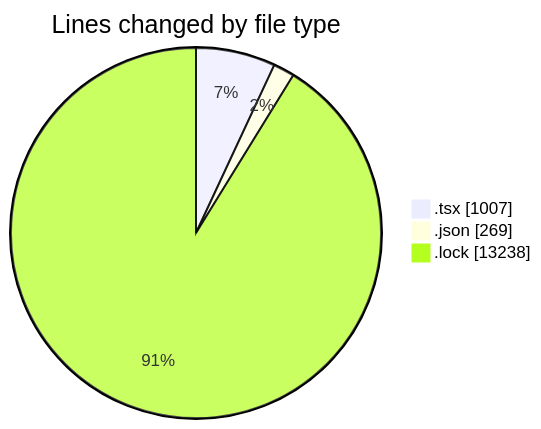
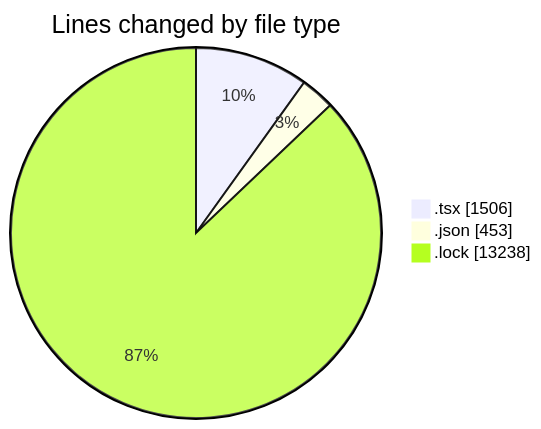
One commit to momahboobian/code-tracking changed the first of 2 diagrams in 2026-01-09/cda/README.md. Above: the diagram before and after it, drawn with Mermaid. The commit also changed other lines of this file and 1 other file, not shown here.

````diff
--- a/2026-01-09/cda/README.md
+++ b/2026-01-09/cda/README.md
@@ -24,7 +24,7 @@
 ```mermaid
 pie showData
 title Lines changed by file type
-".tsx" : 1007
-".json" : 269
+".tsx" : 1506
+".json" : 453
 ".lock" : 13238
 ```
````
